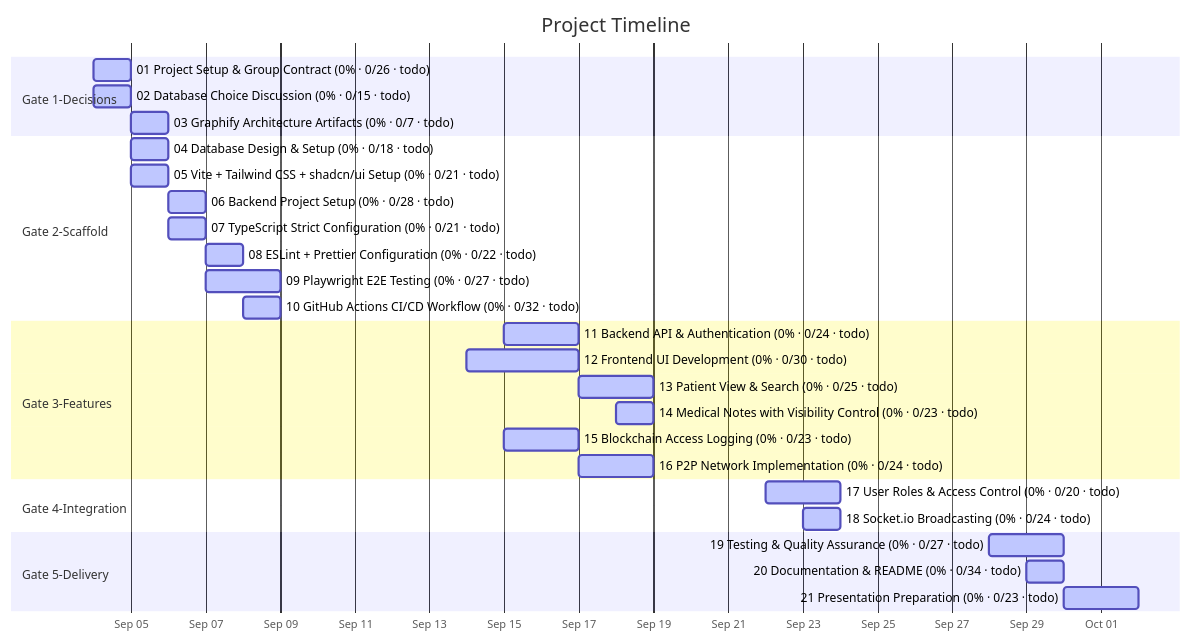
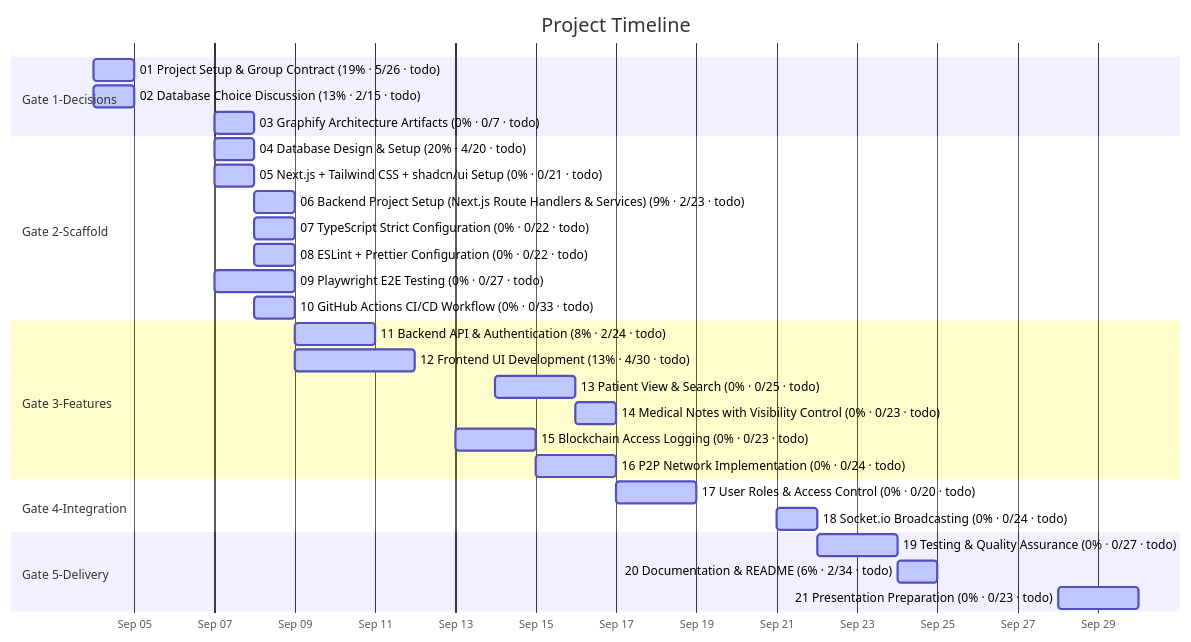
Before and after one commit to matdevstamp/inl-3-awesome-journal: the diagram in docs/diagrams/task-gantt.md, drawn with Mermaid. The commit also changed 28 other files, not shown here.

````diff
--- a/docs/diagrams/task-gantt.md
+++ b/docs/diagrams/task-gantt.md
@@ -25,33 +25,33 @@
 ```mermaid
 gantt
     title Project Timeline
     dateFormat  YYYY-MM-DD
     axisFormat  %b %d
 
     section Gate 1-Decisions
-    01 Project Setup & Group Contract (0% · 0/26 · todo) : active, 2026-09-04, 1d
-    02 Database Choice Discussion (0% · 0/15 · todo) : active, 2026-09-04, 1d
-    03 Graphify Architecture Artifacts (0% · 0/7 · todo) : active, 2026-09-05, 1d
+    01 Project Setup & Group Contract (19% · 5/26 · todo) : active, 2026-09-04, 1d
+    02 Database Choice Discussion (13% · 2/15 · todo) : active, 2026-09-04, 1d
+    03 Graphify Architecture Artifacts (0% · 0/7 · todo) : active, 2026-09-07, 1d
     section Gate 2-Scaffold
-    04 Database Design & Setup (0% · 0/18 · todo) : active, 2026-09-05, 1d
-    05 Vite + Tailwind CSS + shadcn/ui Setup (0% · 0/21 · todo) : active, 2026-09-05, 1d
-    06 Backend Project Setup (0% · 0/28 · todo) : active, 2026-09-06, 1d
-    07 TypeScript Strict Configuration (0% · 0/21 · todo) : active, 2026-09-06, 1d
-    08 ESLint + Prettier Configuration (0% · 0/22 · todo) : active, 2026-09-07, 1d
+    04 Database Design & Setup (20% · 4/20 · todo) : active, 2026-09-07, 1d
+    05 Next.js + Tailwind CSS + shadcn/ui Setup (0% · 0/21 · todo) : active, 2026-09-07, 1d
+    06 Backend Project Setup (Next.js Route Handlers & Services) (9% · 2/23 · todo) : active, 2026-09-08, 1d
+    07 TypeScript Strict Configuration (0% · 0/22 · todo) : active, 2026-09-08, 1d
+    08 ESLint + Prettier Configuration (0% · 0/22 · todo) : active, 2026-09-08, 1d
     09 Playwright E2E Testing (0% · 0/27 · todo) : active, 2026-09-07, 2d
-    10 GitHub Actions CI/CD Workflow (0% · 0/32 · todo) : active, 2026-09-08, 1d
+    10 GitHub Actions CI/CD Workflow (0% · 0/33 · todo) : active, 2026-09-08, 1d
     section Gate 3-Features
-    11 Backend API & Authentication (0% · 0/24 · todo) : active, 2026-09-15, 2d
-    12 Frontend UI Development (0% · 0/30 · todo) : active, 2026-09-14, 3d
-    13 Patient View & Search (0% · 0/25 · todo) : active, 2026-09-17, 2d
-    14 Medical Notes with Visibility Control (0% · 0/23 · todo) : active, 2026-09-18, 1d
-    15 Blockchain Access Logging (0% · 0/23 · todo) : active, 2026-09-15, 2d
-    16 P2P Network Implementation (0% · 0/24 · todo) : active, 2026-09-17, 2d
+    11 Backend API & Authentication (8% · 2/24 · todo) : active, 2026-09-09, 2d
+    12 Frontend UI Development (13% · 4/30 · todo) : active, 2026-09-09, 3d
+    13 Patient View & Search (0% · 0/25 · todo) : active, 2026-09-14, 2d
+    14 Medical Notes with Visibility Control (0% · 0/23 · todo) : active, 2026-09-16, 1d
+    15 Blockchain Access Logging (0% · 0/23 · todo) : active, 2026-09-13, 2d
+    16 P2P Network Implementation (0% · 0/24 · todo) : active, 2026-09-15, 2d
     section Gate 4-Integration
-    17 User Roles & Access Control (0% · 0/20 · todo) : active, 2026-09-22, 2d
-    18 Socket.io Broadcasting (0% · 0/24 · todo) : active, 2026-09-23, 1d
+    17 User Roles & Access Control (0% · 0/20 · todo) : active, 2026-09-17, 2d
+    18 Socket.io Broadcasting (0% · 0/24 · todo) : active, 2026-09-21, 1d
     section Gate 5-Delivery
-    19 Testing & Quality Assurance (0% · 0/27 · todo) : active, 2026-09-28, 2d
-    20 Documentation & README (0% · 0/34 · todo) : active, 2026-09-29, 1d
-    21 Presentation Preparation (0% · 0/23 · todo) : active, 2026-09-30, 2d
+    19 Testing & Quality Assurance (0% · 0/27 · todo) : active, 2026-09-22, 2d
+    20 Documentation & README (6% · 2/34 · todo) : active, 2026-09-24, 1d
+    21 Presentation Preparation (0% · 0/23 · todo) : active, 2026-09-28, 2d
 ```
````
